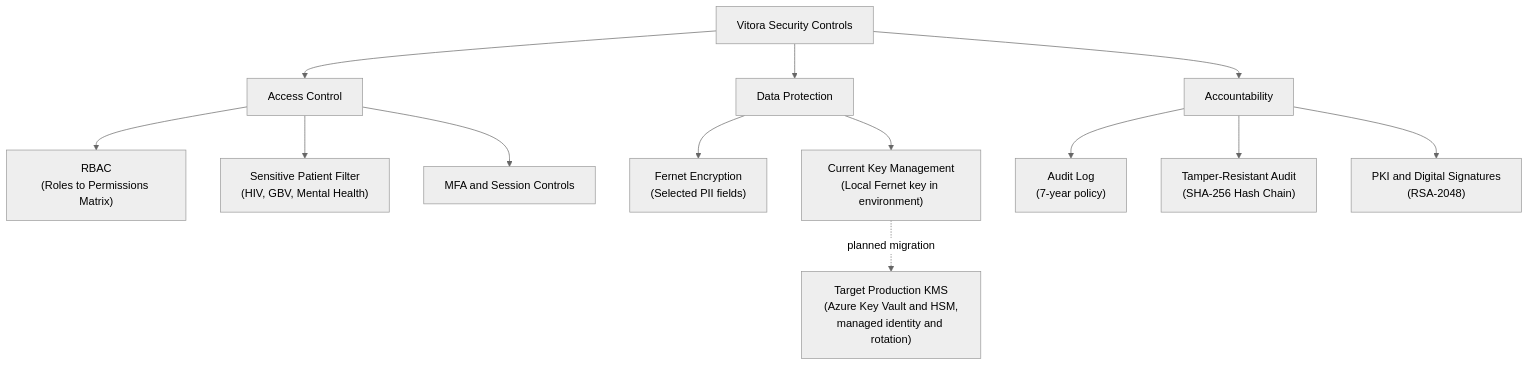
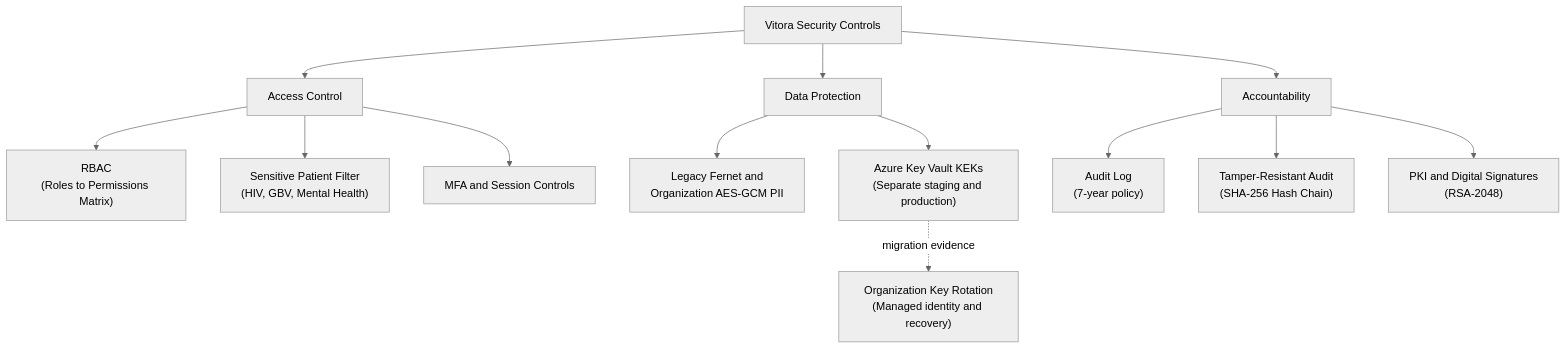
The eighth of 21 diagrams in docs/architecture-diagrams.md (nexora-africa-ltd/vitora), drawn with Mermaid (neutral theme) before and after one commit. The commit also changed other lines of this file and 46 other files, not shown here.

````diff
--- a/docs/architecture-diagrams.md
+++ b/docs/architecture-diagrams.md
@@ -296,19 +296,19 @@
 ```mermaid
 graph TB
     SECURITY["Vitora Security Controls"]
 
     SECURITY --> ACCESS["Access Control"]
     ACCESS --> RBAC["RBAC<br/>(Roles to Permissions Matrix)"]
     ACCESS --> SENSITIVE["Sensitive Patient Filter<br/>(HIV, GBV, Mental Health)"]
     ACCESS --> MFA["MFA and Session Controls"]
 
     SECURITY --> DATA["Data Protection"]
-    DATA --> FERNET["Fernet Encryption<br/>(Selected PII fields)"]
-    DATA --> KMS_CURRENT["Current Key Management<br/>(Local Fernet key in environment)"]
-    KMS_CURRENT -. "planned migration" .-> KMS_TARGET["Target Production KMS<br/>(Azure Key Vault and HSM,<br/>managed identity and rotation)"]
+    DATA --> FERNET["Legacy Fernet and<br/>Organization AES-GCM PII"]
+    DATA --> KMS_CURRENT["Azure Key Vault KEKs<br/>(Separate staging and production)"]
+    KMS_CURRENT -. "migration evidence" .-> KMS_TARGET["Organization Key Rotation<br/>(Managed identity and recovery)"]
 
     SECURITY --> ACCOUNTABILITY["Accountability"]
     ACCOUNTABILITY --> AUDIT["Audit Log<br/>(7-year policy)"]
     ACCOUNTABILITY --> HASHCHAIN["Tamper-Resistant Audit<br/>(SHA-256 Hash Chain)"]
     ACCOUNTABILITY --> PKI["PKI and Digital Signatures<br/>(RSA-2048)"]
 ```
````
